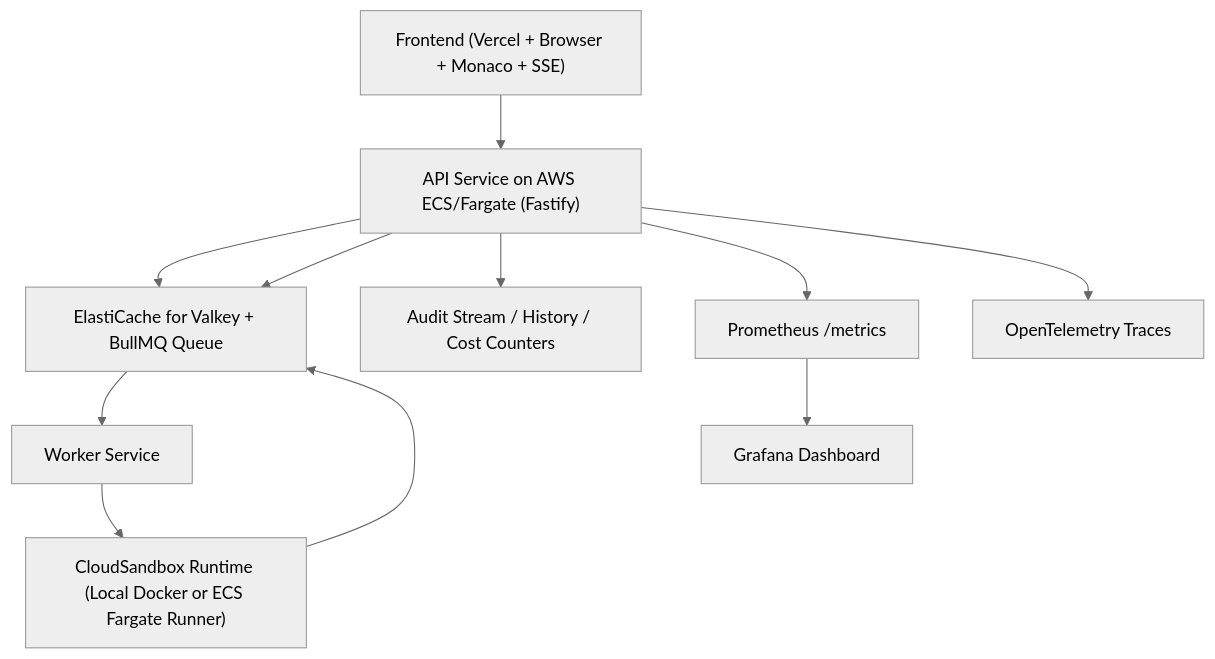
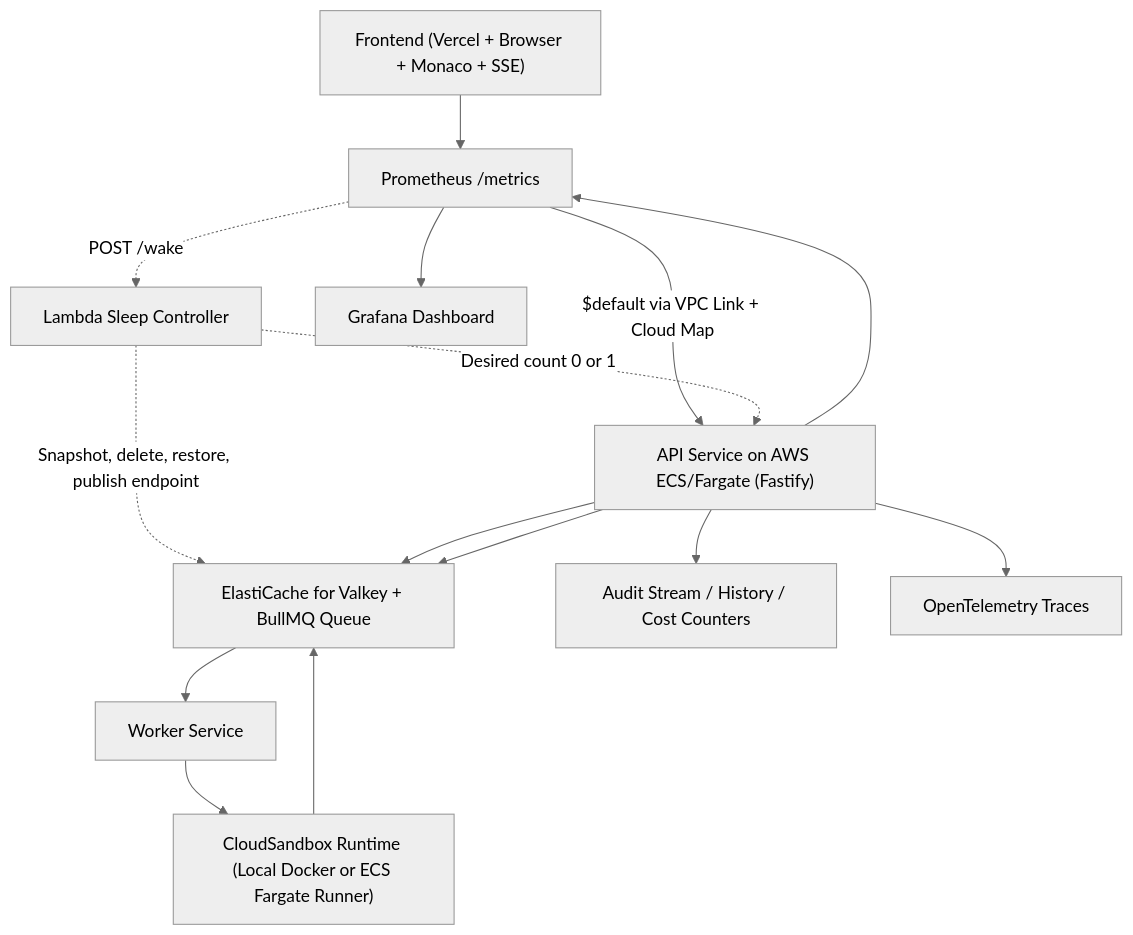
One commit to MohammedVep/cloud-code-execution-engine changed the diagram in docs/architecture.md. Above: the diagram before and after it, drawn with Mermaid (neutral theme). The commit also changed other lines of this file and 25 other files, not shown here.

````diff
--- a/docs/architecture.md
+++ b/docs/architecture.md
@@ -9,13 +9,17 @@
 ```mermaid
 flowchart TD
-  A["Frontend (Vercel + Browser + Monaco + SSE)"] --> B["API Service on AWS ECS/Fargate (Fastify)"]
+  A["Frontend (Vercel + Browser + Monaco + SSE)"] --> G["API Gateway HTTP API"]
+  G -- "$default via VPC Link + Cloud Map" --> B["API Service on AWS ECS/Fargate (Fastify)"]
+  G -. "POST /wake" .-> W["Lambda Sleep Controller"]
+  W -. "Desired count 0 or 1" .-> B
+  W -. "Snapshot, delete, restore, publish endpoint" .-> C
   B --> C["ElastiCache for Valkey + BullMQ Queue"]
   C --> D["Worker Service"]
   D --> E["CloudSandbox Runtime (Local Docker or ECS Fargate Runner)"]
   E --> C
   B --> C
   B --> F["Audit Stream / History / Cost Counters"]
   B --> G["Prometheus /metrics"]
   B --> H["OpenTelemetry Traces"]
   G --> I["Grafana Dashboard"]
 ```
````
